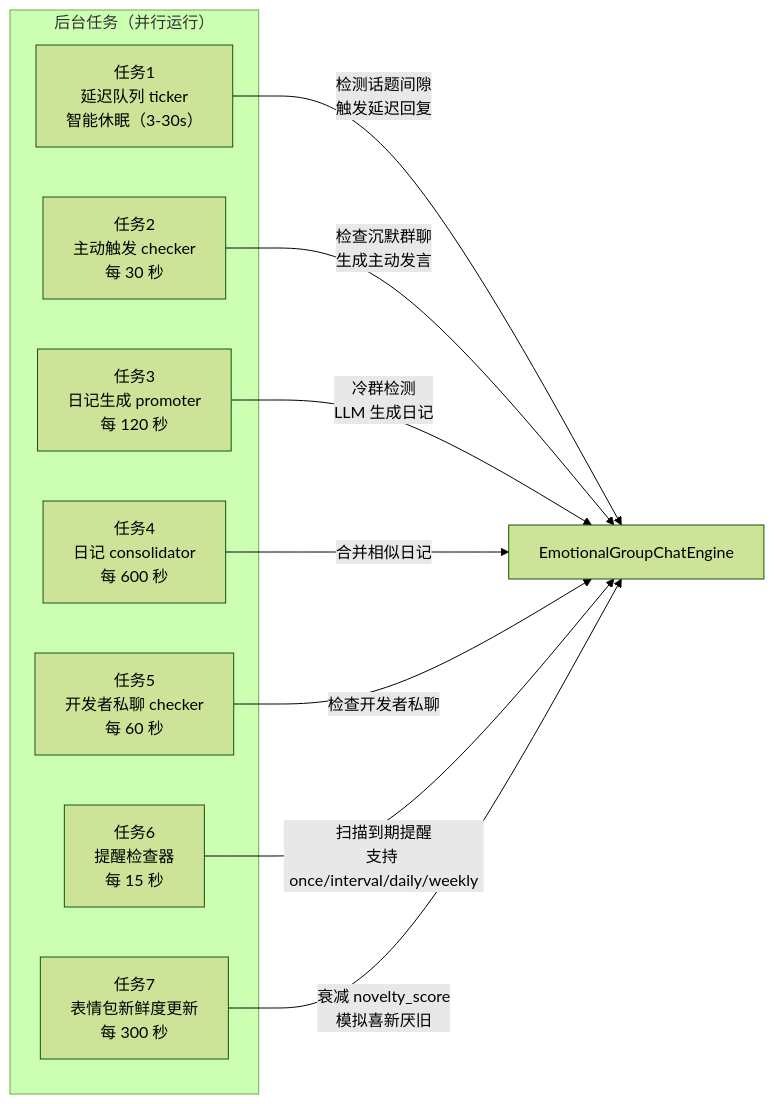
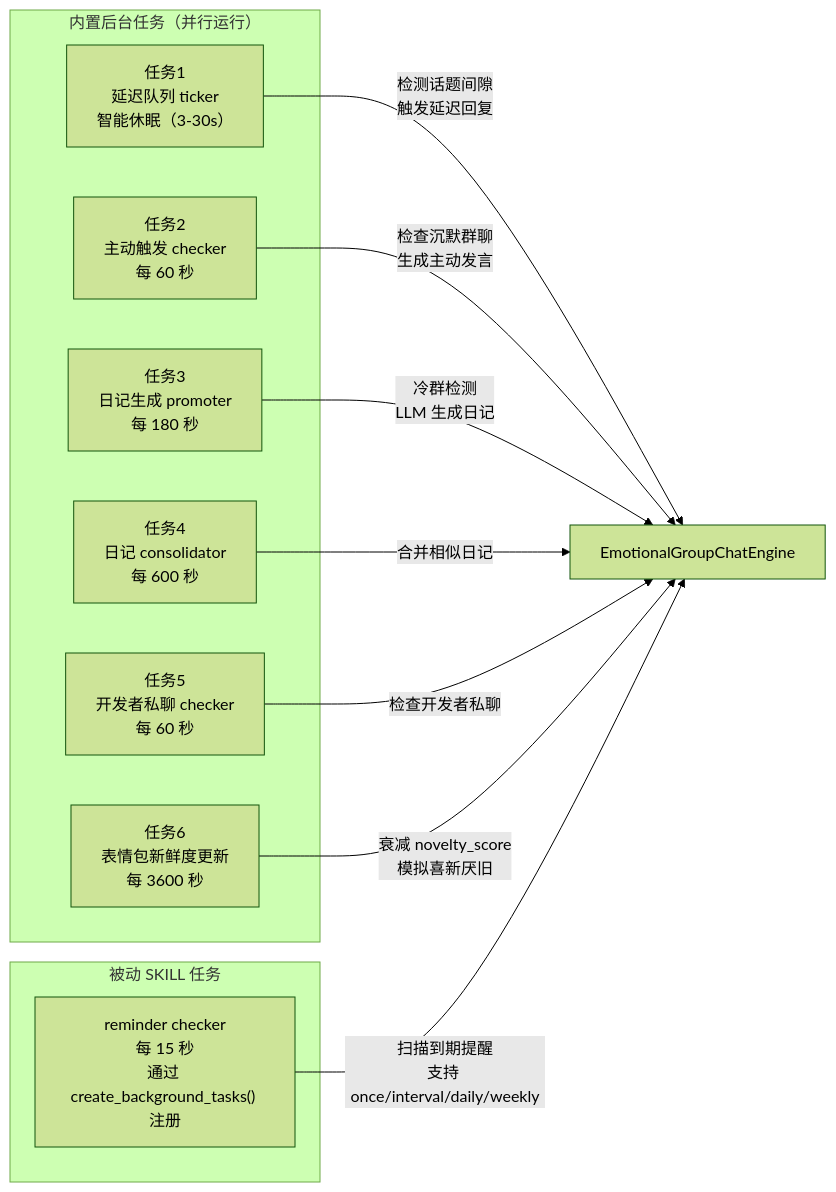
Before and after one commit to LiveSirius/SiriusChat: the seventh of 11 diagrams in docs/full-architecture-flow.md, drawn with Mermaid (forest theme). The commit also changed other lines of this file and 8 other files, not shown here.

````diff
--- a/docs/full-architecture-flow.md
+++ b/docs/full-architecture-flow.md
@@ -276,20 +278,23 @@
 ```mermaid
 flowchart LR
-    subgraph BG["后台任务（并行运行）"]
+    subgraph BG["内置后台任务（并行运行）"]
         T1["任务1<br/>延迟队列 ticker<br/>智能休眠（3-30s）"]
-        T2["任务2<br/>主动触发 checker<br/>每 30 秒"]
-        T3["任务3<br/>日记生成 promoter<br/>每 120 秒"]
+        T2["任务2<br/>主动触发 checker<br/>每 60 秒"]
+        T3["任务3<br/>日记生成 promoter<br/>每 180 秒"]
         T4["任务4<br/>日记 consolidator<br/>每 600 秒"]
         T5["任务5<br/>开发者私聊 checker<br/>每 60 秒"]
-        T6["任务6<br/>提醒检查器<br/>每 15 秒"]
-        T7["任务7<br/>表情包新鲜度更新<br/>每 300 秒"]
+        T6["任务6<br/>表情包新鲜度更新<br/>每 3600 秒"]
+    end
+
+    subgraph PassiveSK["被动 SKILL 任务"]
+        T7["reminder checker<br/>每 15 秒<br/>通过 create_background_tasks() 注册"]
     end
 
     T1 -->|"检测话题间隙<br/>触发延迟回复"| Engine["EmotionalGroupChatEngine"]
     T2 -->|"检查沉默群聊<br/>生成主动发言"| Engine
     T3 -->|"冷群检测<br/>LLM 生成日记"| Engine
     T4 -->|"合并相似日记"| Engine
     T5 -->|"检查开发者私聊"| Engine
-    T6 -->|"扫描到期提醒<br/>支持 once/interval/daily/weekly"| Engine
-    T7 -->|"衰减 novelty_score<br/>模拟喜新厌旧"| Engine
+    T6 -->|"衰减 novelty_score<br/>模拟喜新厌旧"| Engine
+    T7 -->|"扫描到期提醒<br/>支持 once/interval/daily/weekly"| Engine
 ```
````
